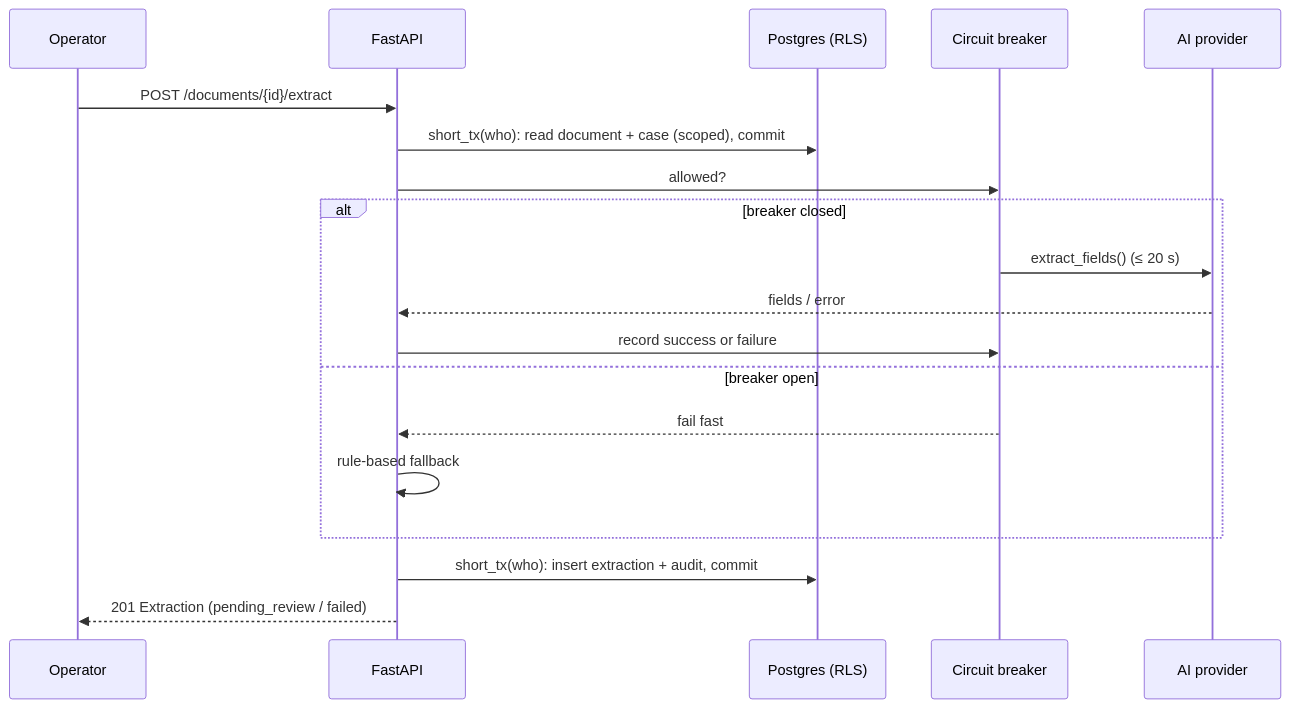
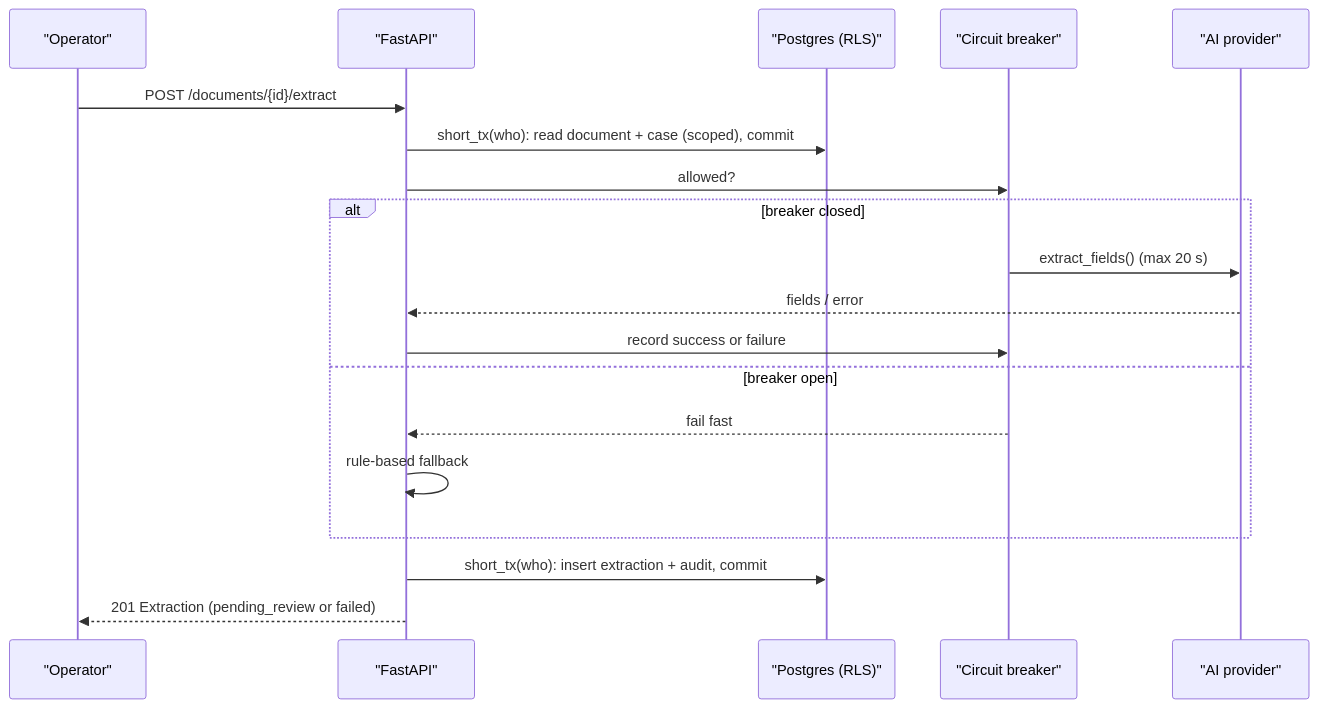
One commit to minuwu/ReliefOps changed the second of 2 diagrams in docs/plans/backend-design-review.md. Above: the diagram before and after it, drawn with Mermaid. The commit also changed other lines of this file and 8 other files, not shown here.

Commit message:
fix(docs): sanitize mermaid diagrams for github rendering and remove release workflow

````diff
--- a/docs/plans/backend-design-review.md
+++ b/docs/plans/backend-design-review.md
@@ -232,21 +232,21 @@
 ```mermaid
 sequenceDiagram
-    participant O as Operator
-    participant API as FastAPI
-    participant DB as Postgres (RLS)
-    participant CB as Circuit breaker
-    participant AI as AI provider
+    participant O as "Operator"
+    participant API as "FastAPI"
+    participant DB as "Postgres (RLS)"
+    participant CB as "Circuit breaker"
+    participant AI as "AI provider"
     O->>API: POST /documents/{id}/extract
     API->>DB: short_tx(who): read document + case (scoped), commit
     API->>CB: allowed?
     alt breaker closed
-        CB->>AI: extract_fields() (≤ 20 s)
+        CB->>AI: extract_fields() (max 20 s)
         AI-->>API: fields / error
         API->>CB: record success or failure
     else breaker open
         CB-->>API: fail fast
         API->>API: rule-based fallback
     end
     API->>DB: short_tx(who): insert extraction + audit, commit
-    API-->>O: 201 Extraction (pending_review / failed)
+    API-->>O: 201 Extraction (pending_review or failed)
 ```
````
